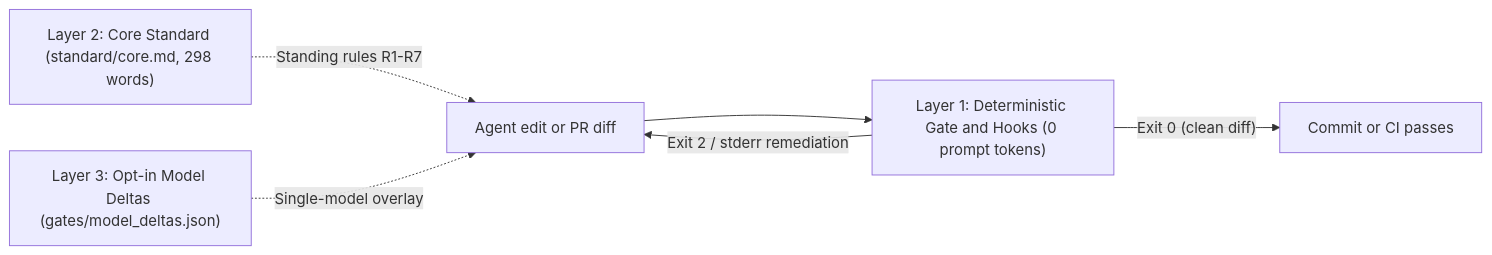
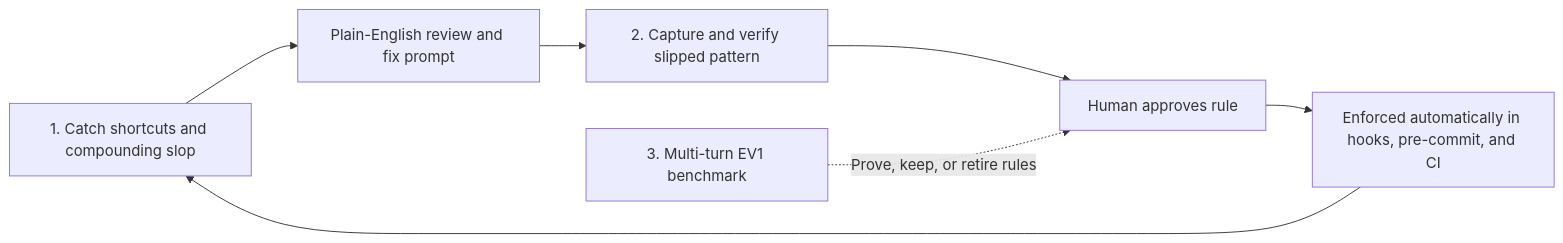
Before and after one commit to jremick/anti-slop: the diagram in README.md, drawn with Mermaid. The commit also changed other lines of this file and 40 other files, not shown here.

````diff
--- a/README.md
+++ b/README.md
@@ -160,8 +18,9 @@
 ```mermaid
 flowchart LR
-    A["Agent edit or PR diff"] --> B["Layer 1: Deterministic Gate and Hooks (0 prompt tokens)"]
-    B -->|"Exit 2 / stderr remediation"| A
-    B -->|"Exit 0 (clean diff)"| E["Commit or CI passes"]
-    C["Layer 2: Core Standard (standard/core.md, 298 words)"] -.->|"Standing rules R1-R7"| A
-    D["Layer 3: Opt-in Model Deltas (gates/model_deltas.json)"] -.->|"Single-model overlay"| A
+  A["1. Catch shortcuts and compounding slop"] --> B["Plain-English review and fix prompt"]
+  B --> C["2. Capture and verify slipped pattern"]
+  C --> D["Human approves rule"]
+  D --> E["Enforced automatically in hooks, pre-commit, and CI"]
+  E --> A
+  F["3. Multi-turn EV1 benchmark"] -. "Prove, keep, or retire rules" .-> D
 ```
````
